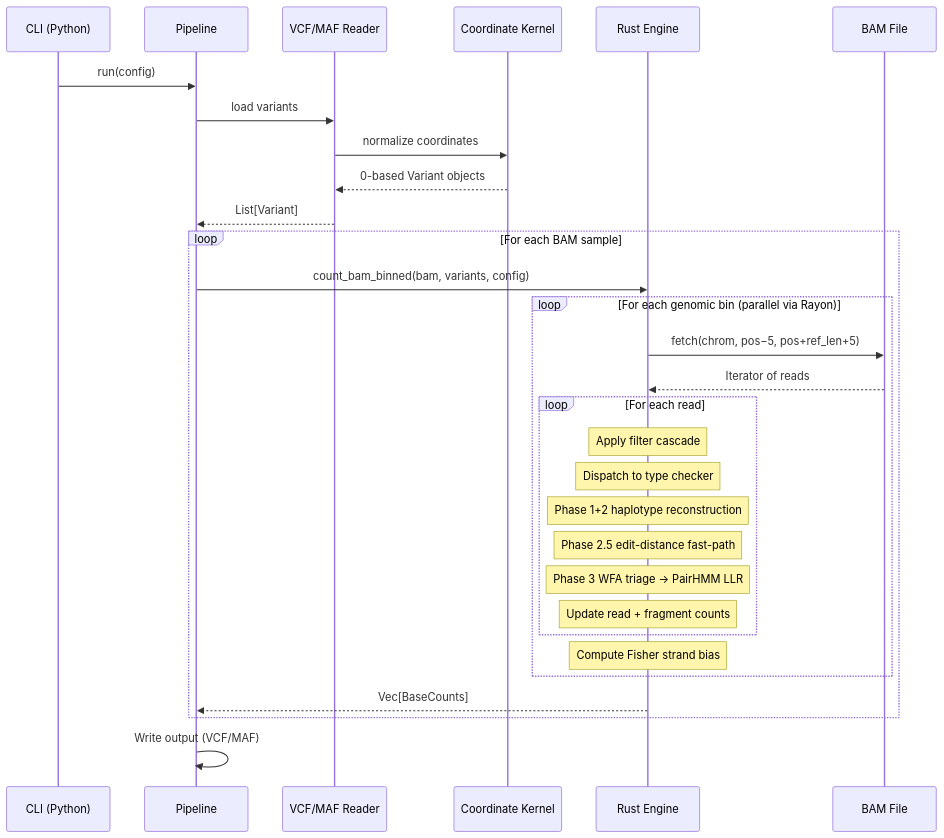
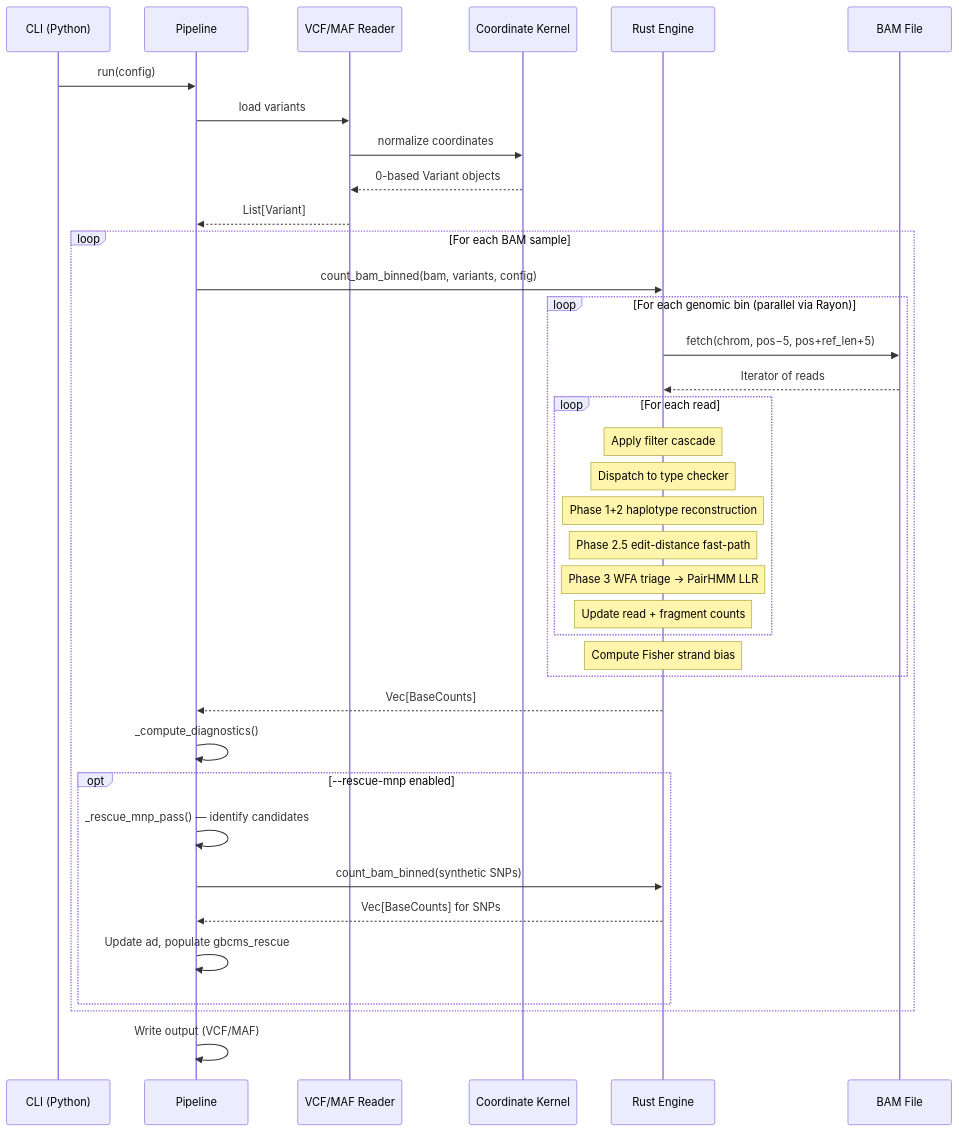
One commit to msk-access/gbcms changed the sixth of 7 diagrams in docs/reference/architecture.md. Above: the diagram before and after it, drawn with Mermaid. The commit also changed other lines of this file and 1 other file, not shown here.

First line of the commit message:
docs: comprehensive MNP rescue documentation in architecture + developer guide

````diff
--- a/docs/reference/architecture.md
+++ b/docs/reference/architecture.md
@@ -271,35 +278,42 @@
 ```mermaid
 sequenceDiagram
     participant CLI as CLI (Python)
     participant Pipeline as Pipeline
     participant Reader as VCF/MAF Reader
     participant Kernel as Coordinate Kernel
     participant Rust as Rust Engine
     participant BAM as BAM File
 
     CLI->>Pipeline: run(config)
     Pipeline->>Reader: load variants
     Reader->>Kernel: normalize coordinates
     Kernel-->>Reader: 0-based Variant objects
     Reader-->>Pipeline: List[Variant]
 
     loop For each BAM sample
         Pipeline->>Rust: count_bam_binned(bam, variants, config)
         loop For each genomic bin (parallel via Rayon)
             Rust->>BAM: fetch(chrom, pos−5, pos+ref_len+5)
             BAM-->>Rust: Iterator of reads
             loop For each read
                 Note over Rust: Apply filter cascade
                 Note over Rust: Dispatch to type checker
                 Note over Rust: Phase 1+2 haplotype reconstruction
                 Note over Rust: Phase 2.5 edit-distance fast-path
                 Note over Rust: Phase 3 WFA triage → PairHMM LLR
                 Note over Rust: Update read + fragment counts
             end
             Note over Rust: Compute Fisher strand bias
         end
         Rust-->>Pipeline: Vec[BaseCounts]
+        Pipeline->>Pipeline: _compute_diagnostics()
+        opt --rescue-mnp enabled
+            Pipeline->>Pipeline: _rescue_mnp_pass() — identify candidates
+            Pipeline->>Rust: count_bam_binned(synthetic SNPs)
+            Rust-->>Pipeline: Vec[BaseCounts] for SNPs
+            Pipeline->>Pipeline: Update ad, populate gbcms_rescue
+        end
     end
 
     Pipeline->>Pipeline: Write output (VCF/MAF)
 ```
````
